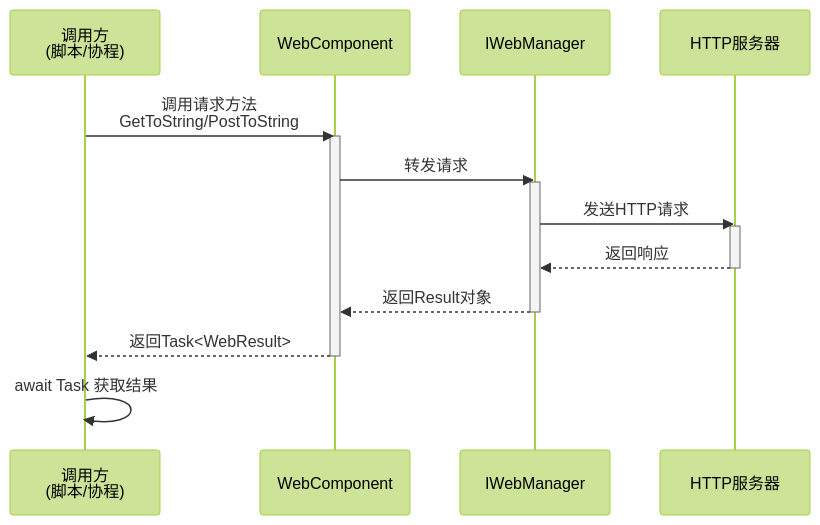
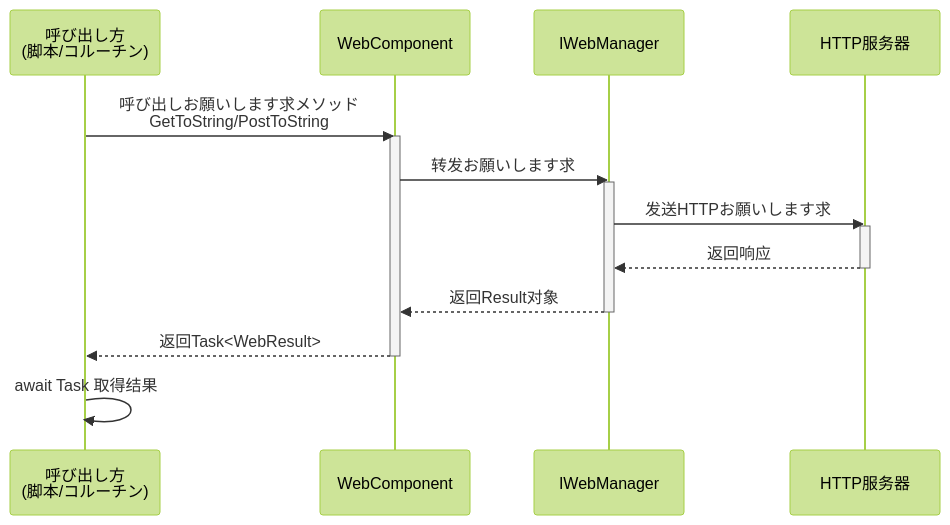
Before and after one commit to AlianBlank/GameFrameX.Docs: the second of 3 diagrams in docs/ja/client/unity/component/web/08.web-component.md, drawn with Mermaid (forest theme). The commit also changed other lines of this file and 603 other files, not shown here.

````diff
--- a/docs/ja/client/unity/component/web/08.web-component.md
+++ b/docs/ja/client/unity/component/web/08.web-component.md
@@ -140,21 +140,21 @@
 ```mermaid
 sequenceDiagram
-    participant C as 调用方<br/>(脚本/协程)
+    participant C as 呼び出し方<br/>(脚本/コルーチン)
     participant WC as WebComponent
     participant WM as IWebManager
     participant HTTP as HTTP服务器
 
-    C->>WC: 调用请求方法<br/>GetToString/PostToString
+    C->>WC: 呼び出しお願いします求メソッド<br/>GetToString/PostToString
     activate WC
-    WC->>WM: 转发请求
+    WC->>WM: 转发お願いします求
     activate WM
-    WM->>HTTP: 发送HTTP请求
+    WM->>HTTP: 发送HTTPお願いします求
     activate HTTP
     HTTP-->>WM: 返回响应
     deactivate HTTP
     WM-->>WC: 返回Result对象
     deactivate WM
     WC-->>C: 返回Task<WebResult>
     deactivate WC
-    C->>C: await Task 获取结果
+    C->>C: await Task 取得结果
 ```
````
